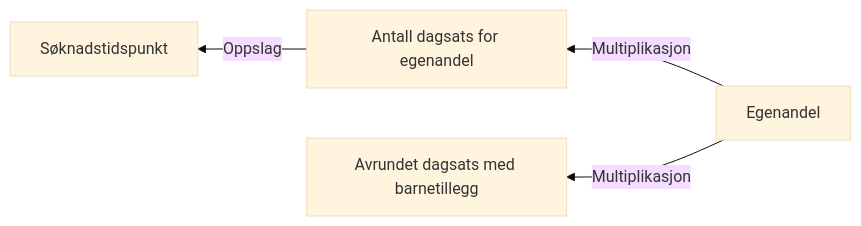
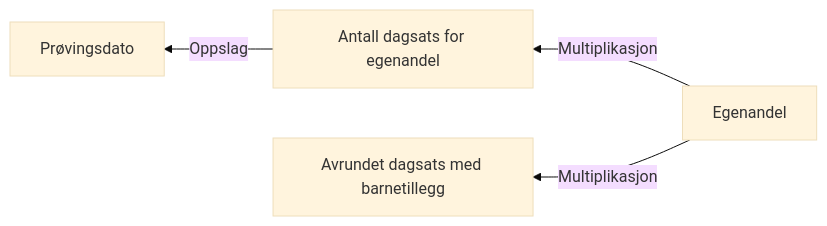
The diagram in docs/regler/§ 4-9. Egenandel.approved.md (navikt/dp-vedtak), drawn with Mermaid (base theme) before and after one commit. The commit also changed 41 other files, not shown here.

Commit message:
Bytt ut søknadstidspunkt med prøvingsdato i reglene

````diff
--- a/docs/regler/§ 4-9. Egenandel.approved.md
+++ b/docs/regler/§ 4-9. Egenandel.approved.md
@@ -5,6 +5,6 @@
 ```mermaid
 graph RL
-  A["Antall dagsats for egenandel"] -->|"Oppslag"| B["Søknadstidspunkt"]
+  A["Antall dagsats for egenandel"] -->|"Oppslag"| B["Prøvingsdato"]
   C["Egenandel"] -->|"Multiplikasjon"| D["Avrundet dagsats med barnetillegg"]
   C["Egenandel"] -->|"Multiplikasjon"| A["Antall dagsats for egenandel"]
 ```
````
